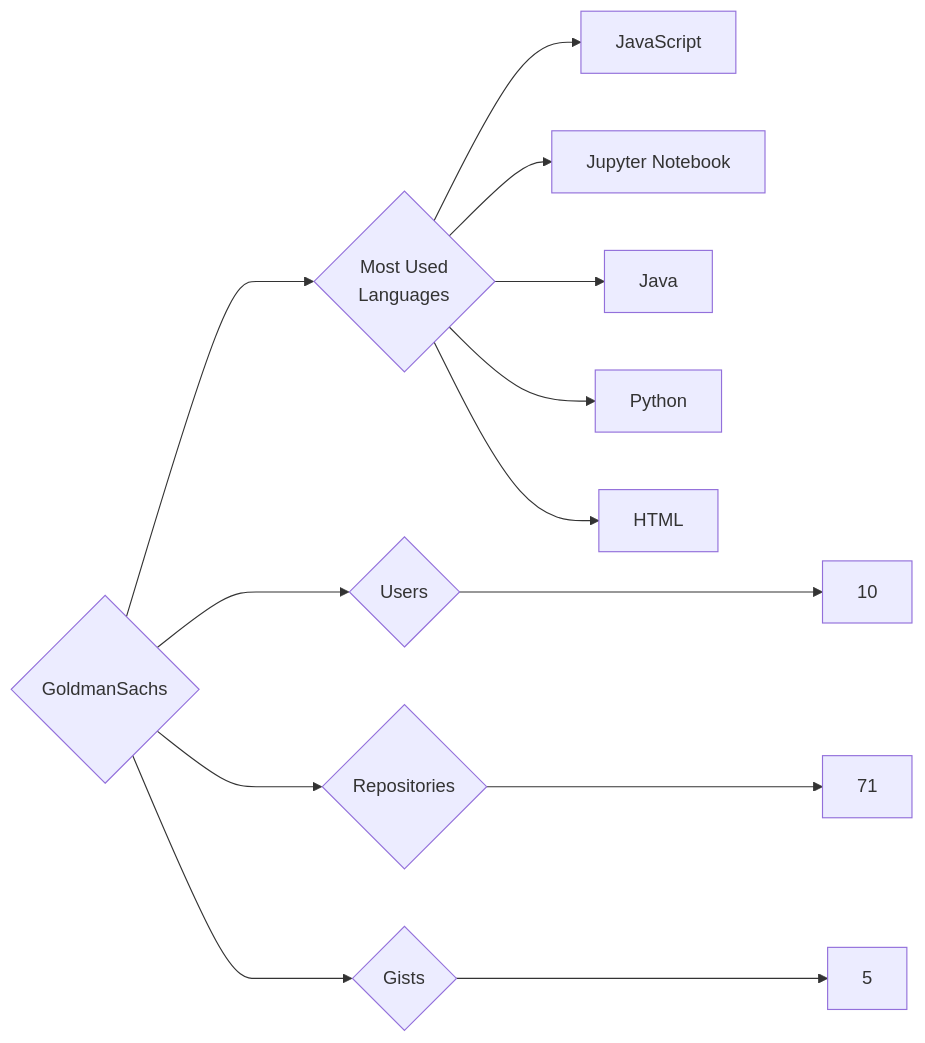
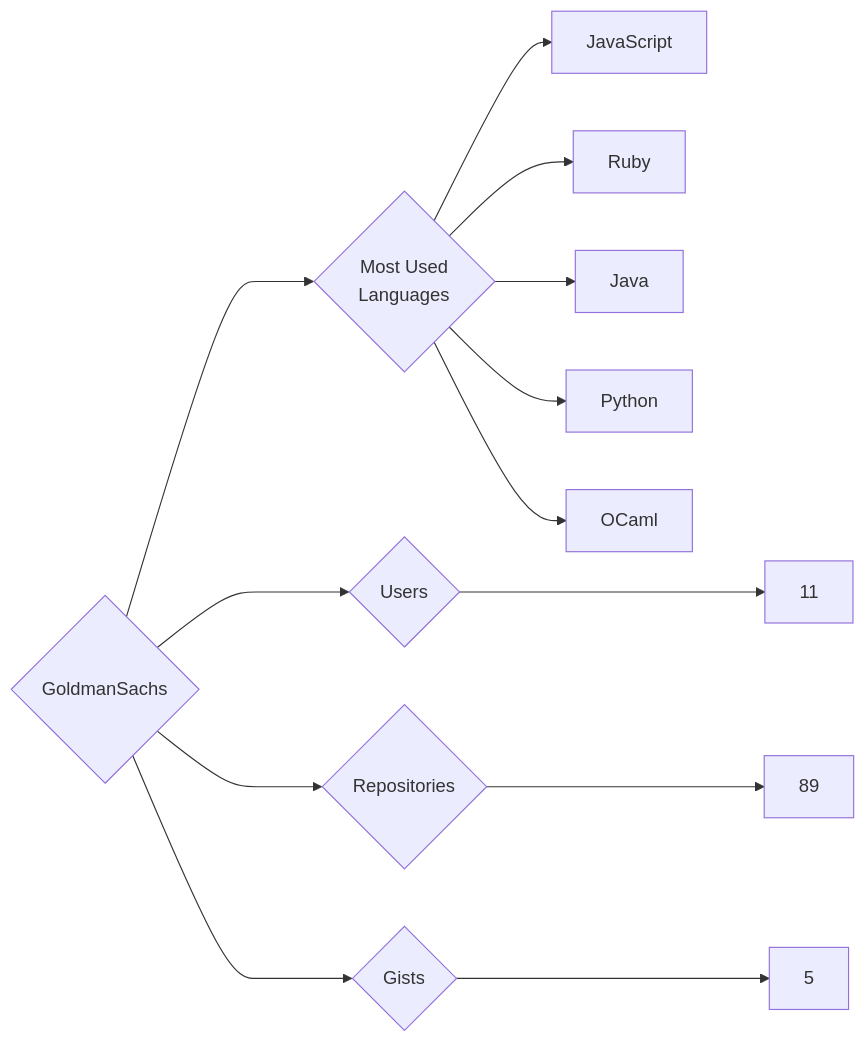
Before and after one commit to trickest/insiders: the diagram in targets/GoldmanSachs/README.md, drawn with Mermaid. The commit also changed 1020 other files, not shown here.

````diff
--- a/targets/GoldmanSachs/README.md
+++ b/targets/GoldmanSachs/README.md
@@ -3,13 +3,13 @@
 ```mermaid
 graph LR
 COMPANY_NAME{GoldmanSachs}
-COMPANY_NAME ---> U{Users} ---> UN[10]
-COMPANY_NAME ---> R{Repositories} ---> RN[71]
+COMPANY_NAME ---> U{Users} ---> UN[11]
+COMPANY_NAME ---> R{Repositories} ---> RN[89]
 COMPANY_NAME ---> G{Gists} ---> GN[5]
 COMPANY_NAME ---> ML{Most Used<br>Languages}
 ML --> JavaScript[JavaScript]
-ML --> Jupyter_Notebook[Jupyter Notebook]
+ML --> Ruby[Ruby]
 ML --> Java[Java]
 ML --> Python[Python]
-ML --> HTML[HTML]
+ML --> OCaml[OCaml]
 ```
````
